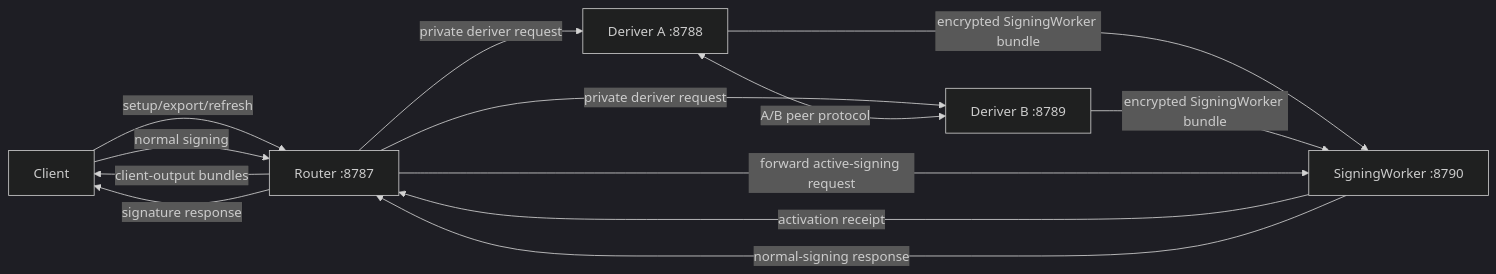
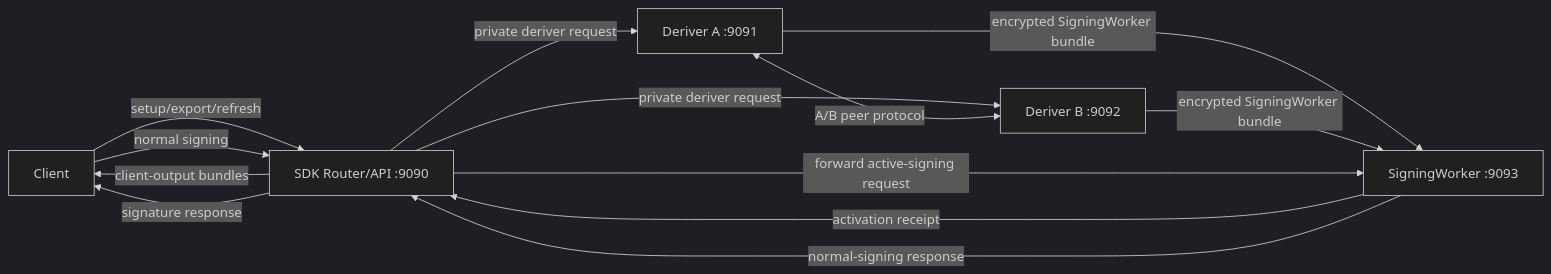
Before and after one commit to seams-tech/seams-sdk: the diagram in docs/router-a-b-local-dev.md, drawn with Mermaid (dark theme). The commit also changed other lines of this file and 65 other files, not shown here.

````diff
--- a/docs/router-a-b-local-dev.md
+++ b/docs/router-a-b-local-dev.md
@@ -45,22 +47,22 @@
 ```mermaid
 flowchart LR
   C["Client"]
-  R["Router :8787"]
-  A["Deriver A :8788"]
-  B["Deriver B :8789"]
-  SW["SigningWorker :8790"]
+  R["SDK Router/API :9090"]
+  A["Deriver A :9091"]
+  B["Deriver B :9092"]
+  SW["SigningWorker :9093"]
 
   C -->|"setup/export/refresh"| R
   R -->|"private deriver request"| A
   R -->|"private deriver request"| B
   A <-->|"A/B peer protocol"| B
   A -->|"encrypted SigningWorker bundle"| SW
   B -->|"encrypted SigningWorker bundle"| SW
   SW -->|"activation receipt"| R
   R -->|"client-output bundles"| C
 
   C -->|"normal signing"| R
   R -->|"forward active-signing request"| SW
   SW -->|"normal-signing response"| R
   R -->|"signature response"| C
 ```
````
